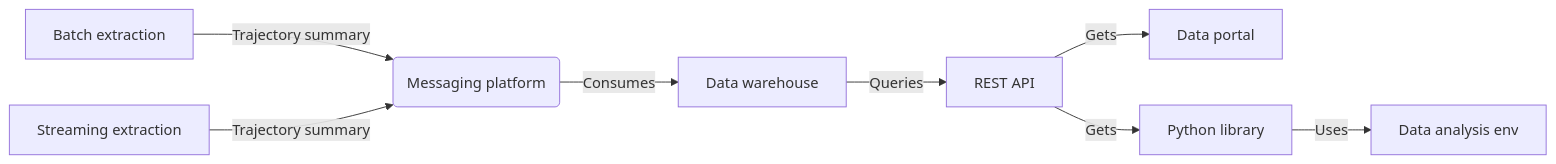
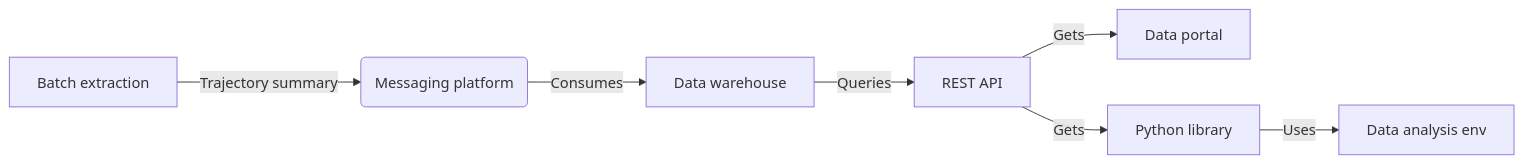
The diagram in README.md (gmn-data-platform/gmn-data-platform), drawn with Mermaid before and after one commit. The commit also changed other lines of this file, not shown here.

````diff
--- a/README.md
+++ b/README.md
@@ -20,11 +28,10 @@
 ```mermaid
 flowchart LR 
-
+ 
 A[Batch extraction] -->|Trajectory summary| B(Messaging platform)
-C[Streaming extraction] -->|Trajectory summary| B
 B -->|Consumes| D[Data warehouse]
 D -->|Queries| E[REST API]
 E -->|Gets| F[Data portal]
 E -->|Gets| G[Python library]
 G -->|Uses| H[Data analysis env]
 ```
````
